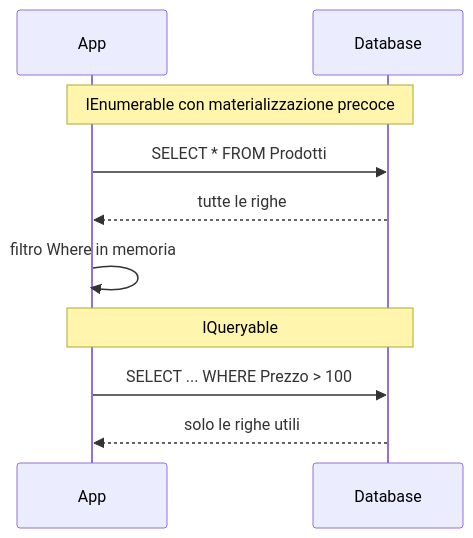
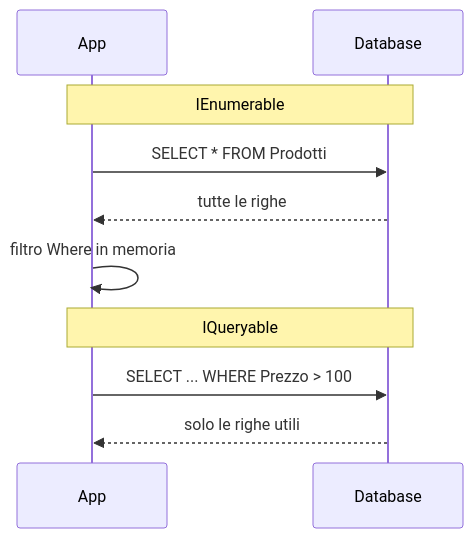
The fourth of 4 diagrams in src/content/informatica/csharp/ienumerable-vs-iqueryable.mdx (DennisTurco/AppuntiFacili), drawn with Mermaid before and after one commit. The commit also changed other lines of this file and 86 other files, not shown here.

````diff
--- a/src/content/informatica/csharp/ienumerable-vs-iqueryable.mdx
+++ b/src/content/informatica/csharp/ienumerable-vs-iqueryable.mdx
@@ -437,14 +251,14 @@
 ```mermaid
 sequenceDiagram
     participant App
     participant DB as Database
 
-    Note over App,DB: IEnumerable con materializzazione precoce
+    Note over App,DB: IEnumerable
     App->>DB: SELECT * FROM Prodotti
     DB-->>App: tutte le righe
     App->>App: filtro Where in memoria
 
     Note over App,DB: IQueryable
     App->>DB: SELECT ... WHERE Prezzo > 100
     DB-->>App: solo le righe utili
 ```
````
